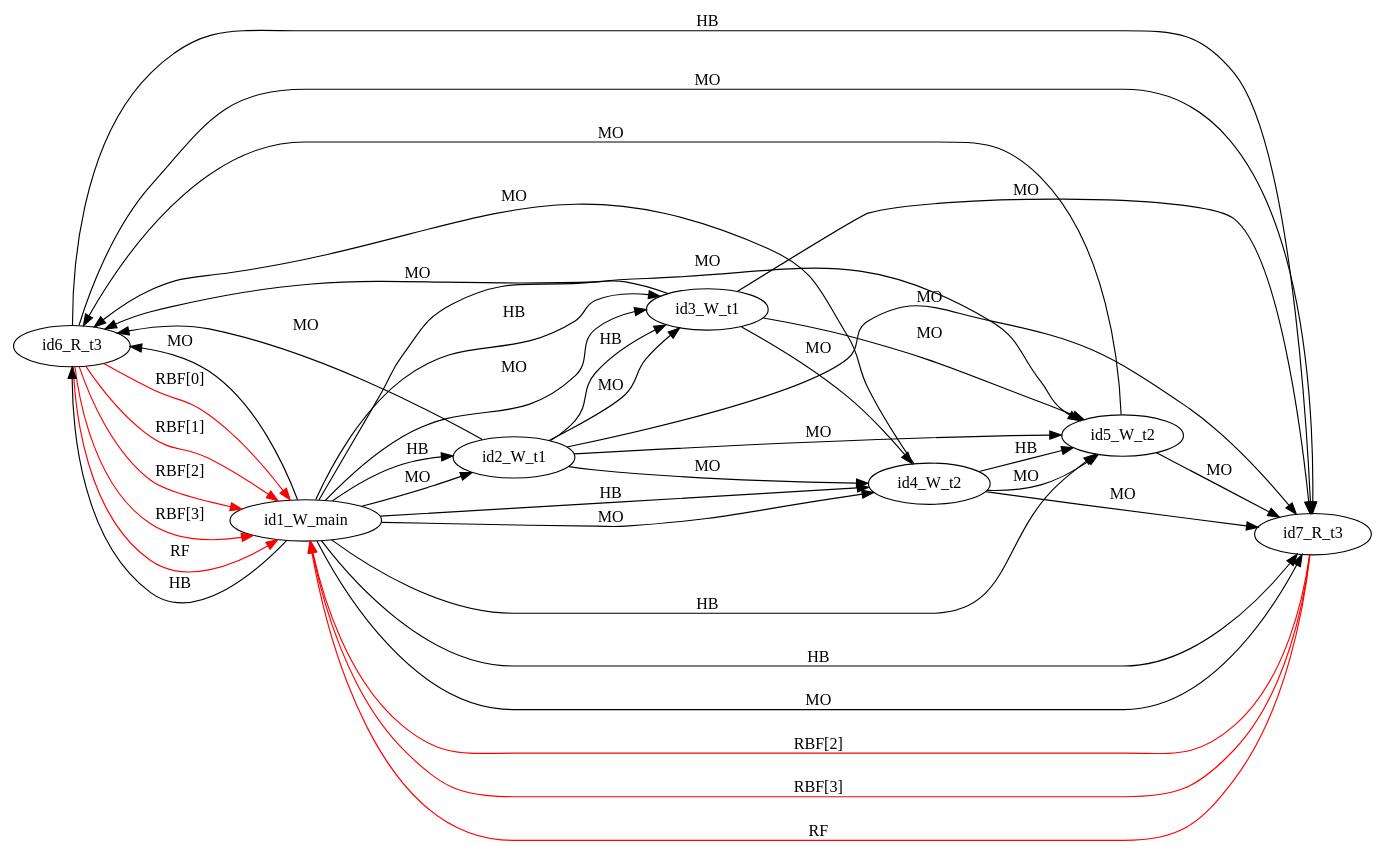
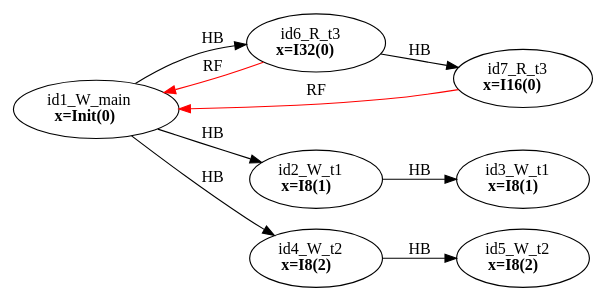
The diagram in examples/single_var/sv_simple13/mm1.dot (FMJS/EMME), drawn with Graphviz before and after one commit. The commit also changed 528 other files, not shown here.

```diff
--- a/examples/single_var/sv_simple13/mm1.dot
+++ b/examples/single_var/sv_simple13/mm1.dot
@@ -1,41 +1,19 @@
 digraph memory_model {
 rankdir=LR;
-id6_R_t3 -> id1_W_main [label = "RBF[0]", color="red"];
-id6_R_t3 -> id1_W_main [label = "RBF[1]", color="red"];
-id6_R_t3 -> id1_W_main [label = "RBF[2]", color="red"];
-id6_R_t3 -> id1_W_main [label = "RBF[3]", color="red"];
-id7_R_t3 -> id1_W_main [label = "RBF[2]", color="red"];
-id7_R_t3 -> id1_W_main [label = "RBF[3]", color="red"];
-id6_R_t3 -> id1_W_main [label = "RF", color="red"];
-id7_R_t3 -> id1_W_main [label = "RF", color="red"];
+splines=true; esep=0.5;
 id2_W_t1 -> id3_W_t1 [label = "HB", color="black"];
 id4_W_t2 -> id5_W_t2 [label = "HB", color="black"];
 id6_R_t3 -> id7_R_t3 [label = "HB", color="black"];
 id1_W_main -> id2_W_t1 [label = "HB", color="black"];
-id1_W_main -> id3_W_t1 [label = "HB", color="black"];
 id1_W_main -> id4_W_t2 [label = "HB", color="black"];
-id1_W_main -> id5_W_t2 [label = "HB", color="black"];
 id1_W_main -> id6_R_t3 [label = "HB", color="black"];
-id1_W_main -> id7_R_t3 [label = "HB", color="black"];
-id2_W_t1 -> id3_W_t1 [label = "MO", color="black"];
-id4_W_t2 -> id5_W_t2 [label = "MO", color="black"];
-id6_R_t3 -> id7_R_t3 [label = "MO", color="black"];
-id1_W_main -> id2_W_t1 [label = "MO", color="black"];
-id1_W_main -> id3_W_t1 [label = "MO", color="black"];
-id1_W_main -> id4_W_t2 [label = "MO", color="black"];
-id1_W_main -> id5_W_t2 [label = "MO", color="black"];
-id1_W_main -> id6_R_t3 [label = "MO", color="black"];
-id1_W_main -> id7_R_t3 [label = "MO", color="black"];
-id2_W_t1 -> id4_W_t2 [label = "MO", color="black"];
-id2_W_t1 -> id5_W_t2 [label = "MO", color="black"];
-id2_W_t1 -> id6_R_t3 [label = "MO", color="black"];
-id2_W_t1 -> id7_R_t3 [label = "MO", color="black"];
-id3_W_t1 -> id4_W_t2 [label = "MO", color="black"];
-id3_W_t1 -> id5_W_t2 [label = "MO", color="black"];
-id3_W_t1 -> id6_R_t3 [label = "MO", color="black"];
-id3_W_t1 -> id7_R_t3 [label = "MO", color="black"];
-id4_W_t2 -> id6_R_t3 [label = "MO", color="black"];
-id4_W_t2 -> id7_R_t3 [label = "MO", color="black"];
-id5_W_t2 -> id6_R_t3 [label = "MO", color="black"];
-id5_W_t2 -> id7_R_t3 [label = "MO", color="black"];
+id6_R_t3 -> id1_W_main [label = "RF", color="red"];
+id7_R_t3 -> id1_W_main [label = "RF", color="red"];
+id1_W_main [label=<id1_W_main<br/><B>x=Init(0)</B>>, pos="5.0,4!"]
+id2_W_t1 [label=<id2_W_t1<br/><B>x=I8(1)</B>>, pos="0,2!"]
+id3_W_t1 [label=<id3_W_t1<br/><B>x=I8(1)</B>>, pos="0,0!"]
+id4_W_t2 [label=<id4_W_t2<br/><B>x=I8(2)</B>>, pos="5,2!"]
+id5_W_t2 [label=<id5_W_t2<br/><B>x=I8(2)</B>>, pos="5,0!"]
+id6_R_t3 [label=<id6_R_t3<br/><B>x=I32(0)</B>>, pos="10,2!"]
+id7_R_t3 [label=<id7_R_t3<br/><B>x=I16(0)</B>>, pos="10,0!"]
 }
```
